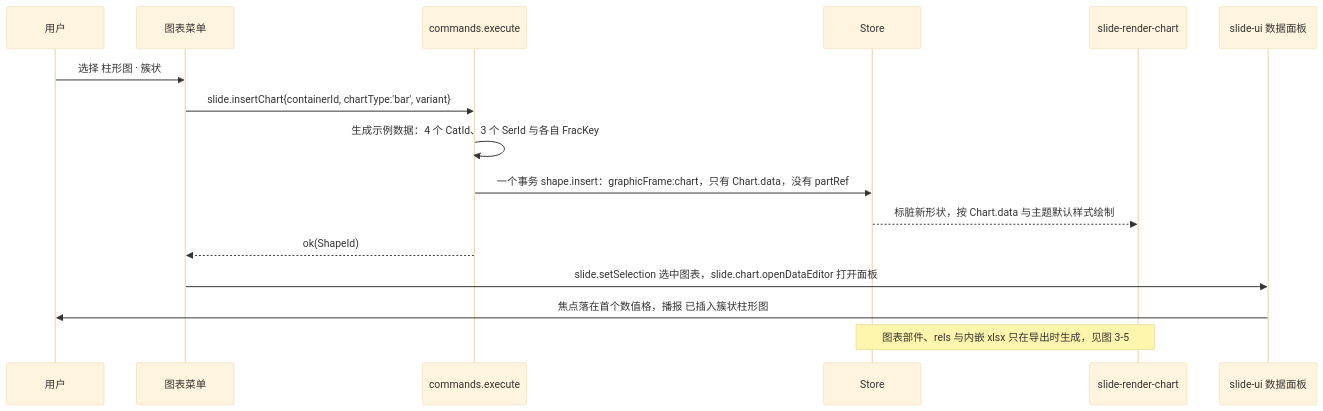
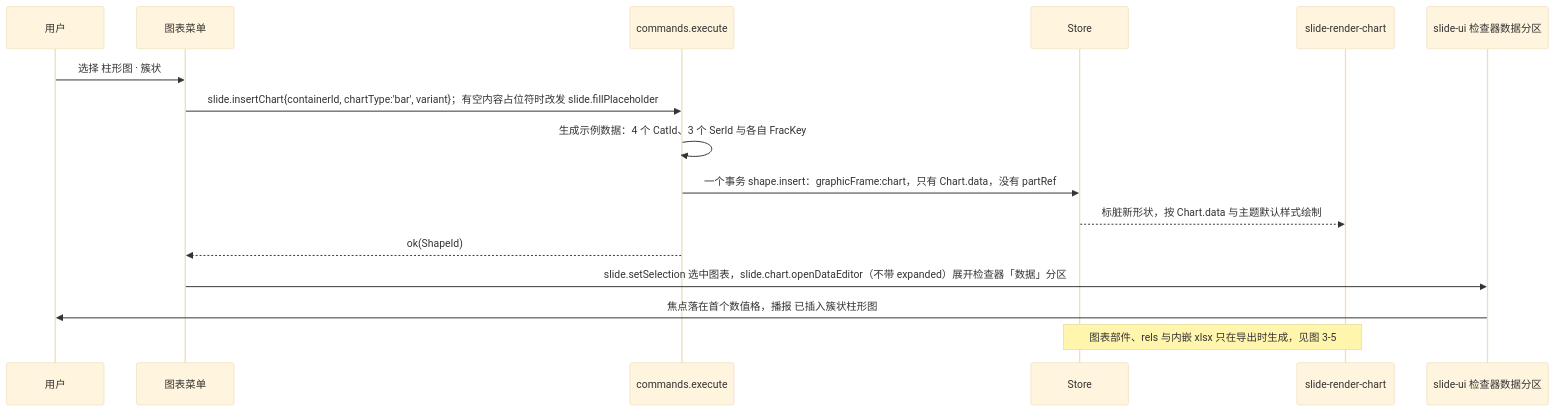
One commit to Xeonice/cordis-ppt-editor changed the eighth of 13 diagrams in docs/50-frontend/24-elements-tables-and-charts.md. Above: the diagram before and after it, drawn with Mermaid (base theme). The commit also changed other lines of this file and 12 other files, not shown here.

````diff
--- a/docs/50-frontend/24-elements-tables-and-charts.md
+++ b/docs/50-frontend/24-elements-tables-and-charts.md
@@ -470,18 +474,18 @@
 ```mermaid
 sequenceDiagram
   participant user as 用户
   participant menu as 图表菜单
   participant cmds as commands.execute
   participant store as Store
   participant chart as slide-render-chart
-  participant panel as slide-ui 数据面板
+  participant panel as slide-ui 检查器数据分区
   user->>menu: 选择 柱形图 · 簇状
-  menu->>cmds: slide.insertChart{containerId, chartType:'bar', variant}
+  menu->>cmds: slide.insertChart{containerId, chartType:'bar', variant}；有空内容占位符时改发 slide.fillPlaceholder
   cmds->>cmds: 生成示例数据：4 个 CatId、3 个 SerId 与各自 FracKey
   cmds->>store: 一个事务 shape.insert：graphicFrame:chart，只有 Chart.data，没有 partRef
   store-->>chart: 标脏新形状，按 Chart.data 与主题默认样式绘制
   cmds-->>menu: ok(ShapeId)
-  menu->>panel: slide.setSelection 选中图表，slide.chart.openDataEditor 打开面板
+  menu->>panel: slide.setSelection 选中图表，slide.chart.openDataEditor（不带 expanded）展开检查器「数据」分区
   panel->>user: 焦点落在首个数值格，播报 已插入簇状柱形图
   Note over store,chart: 图表部件、rels 与内嵌 xlsx 只在导出时生成，见图 3-5
 ```
````
